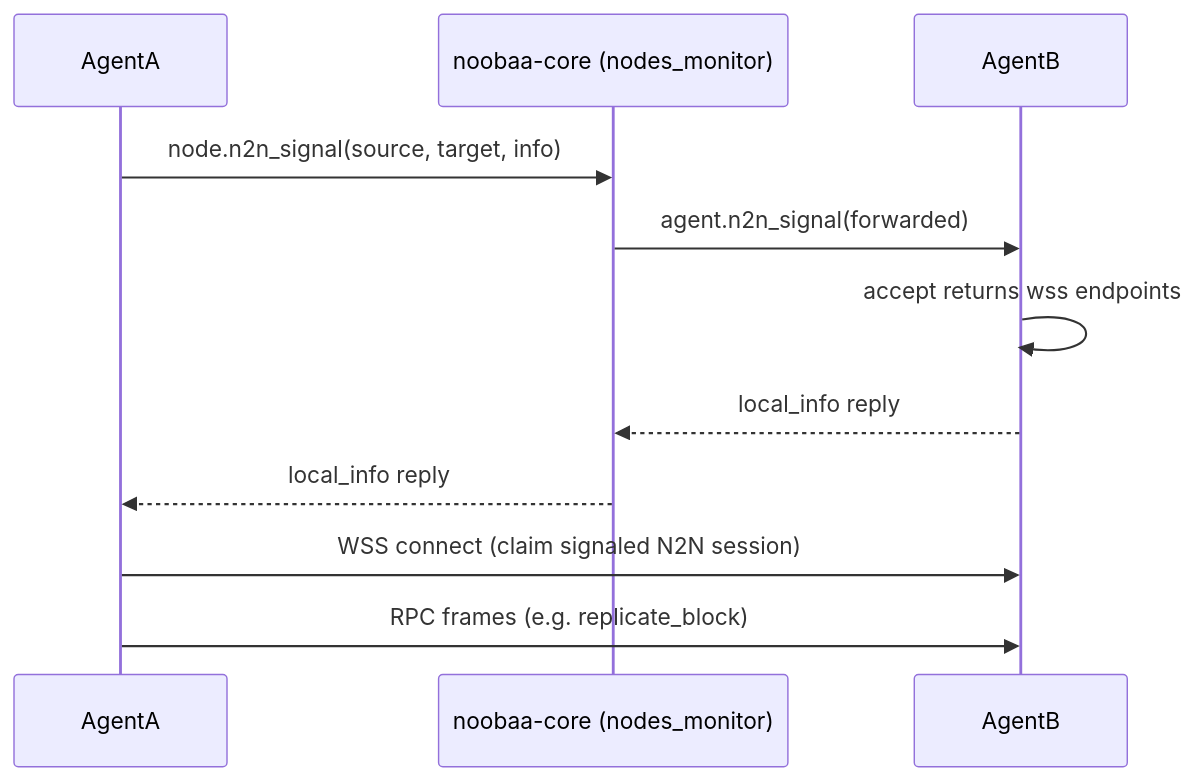
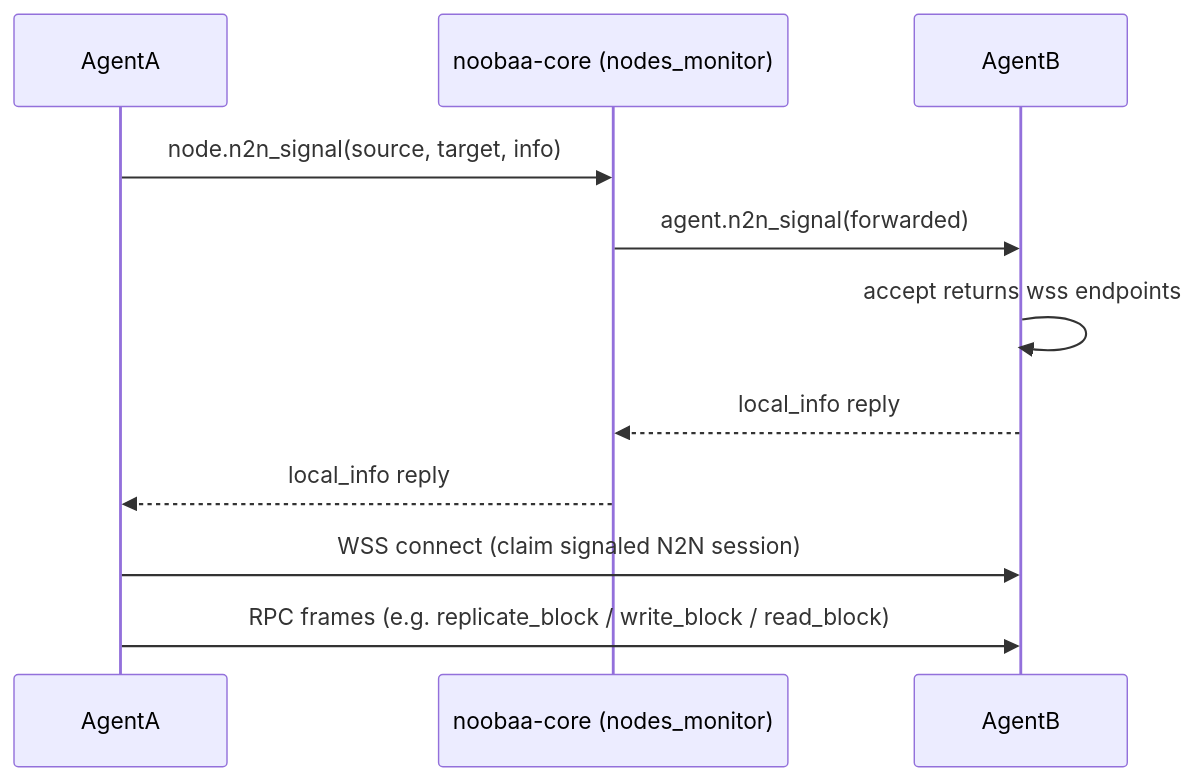
One commit to noobaa/noobaa-core changed the second of 2 diagrams in docs/design/RemoveICE.md. Above: the diagram before and after it, drawn with Mermaid. The commit also changed other lines of this file, not shown here.

Commit message:
CR changes - map n2n communication and not mention only block replication

````diff
--- a/docs/design/RemoveICE.md
+++ b/docs/design/RemoveICE.md
@@ -70,13 +74,13 @@
 ```mermaid
 sequenceDiagram
     participant AgentA
     participant Core as noobaa-core (nodes_monitor)
     participant AgentB
     AgentA->>Core: node.n2n_signal(source, target, info)
     Core->>AgentB: agent.n2n_signal(forwarded)
     AgentB->>AgentB: accept returns wss endpoints
     AgentB-->>Core: local_info reply
     Core-->>AgentA: local_info reply
     AgentA->>AgentB: WSS connect (claim signaled N2N session)
-    AgentA->>AgentB: RPC frames (e.g. replicate_block)
+    AgentA->>AgentB: RPC frames (e.g. replicate_block / write_block / read_block)
 ```
````
